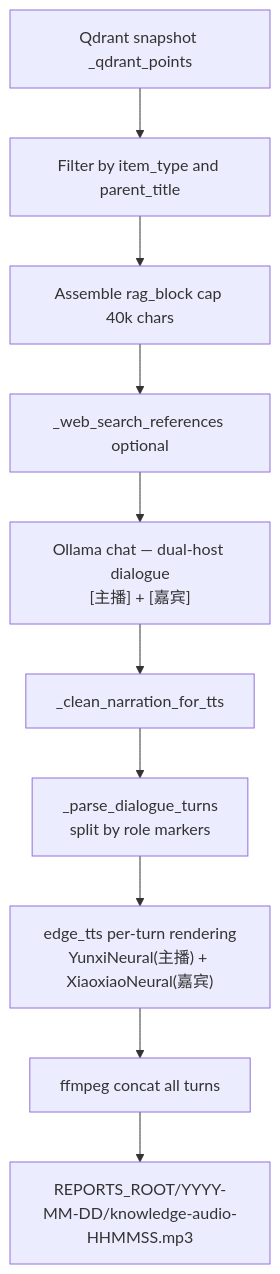
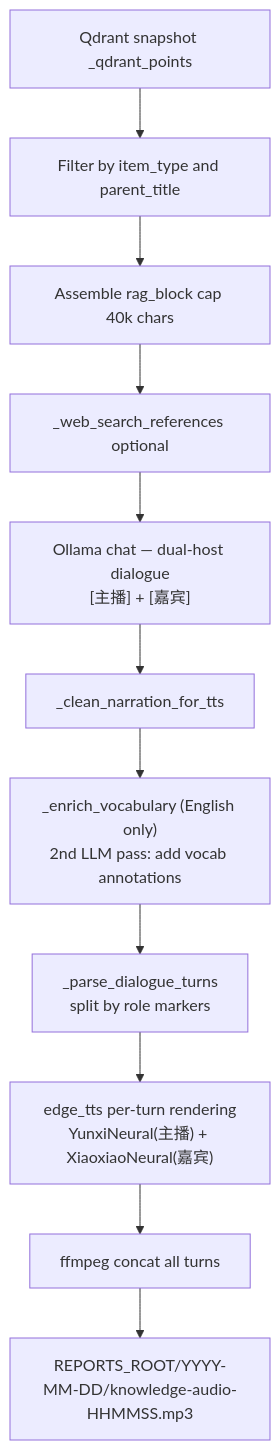
One commit to medavisyin/jarvis-yin changed the first of 2 diagrams in docs/implementation/personal/audio-knowledge-impl.md. Above: the diagram before and after it, drawn with Mermaid. The commit also changed other lines of this file and 62 other files, not shown here.

````diff
--- a/docs/implementation/personal/audio-knowledge-impl.md
+++ b/docs/implementation/personal/audio-knowledge-impl.md
@@ -23,12 +23,13 @@
 ```mermaid
 flowchart TD
   Q[Qdrant snapshot _qdrant_points] --> Sel[Filter by item_type and parent_title]
   Sel --> RAG[Assemble rag_block cap 40k chars]
   RAG --> Web[_web_search_references optional]
   Web --> LLM["Ollama chat — dual-host dialogue<br/>[主播] + [嘉宾]"]
   LLM --> Clean[_clean_narration_for_tts]
-  Clean --> Parse["_parse_dialogue_turns<br/>split by role markers"]
+  Clean --> Enrich["_enrich_vocabulary (English only)<br/>2nd LLM pass: add vocab annotations"]
+  Enrich --> Parse["_parse_dialogue_turns<br/>split by role markers"]
   Parse --> TTS["edge_tts per-turn rendering<br/>YunxiNeural(主播) + XiaoxiaoNeural(嘉宾)"]
   TTS --> Concat[ffmpeg concat all turns]
   Concat --> MP3[REPORTS_ROOT/YYYY-MM-DD/knowledge-audio-HHMMSS.mp3]
 ```
````
